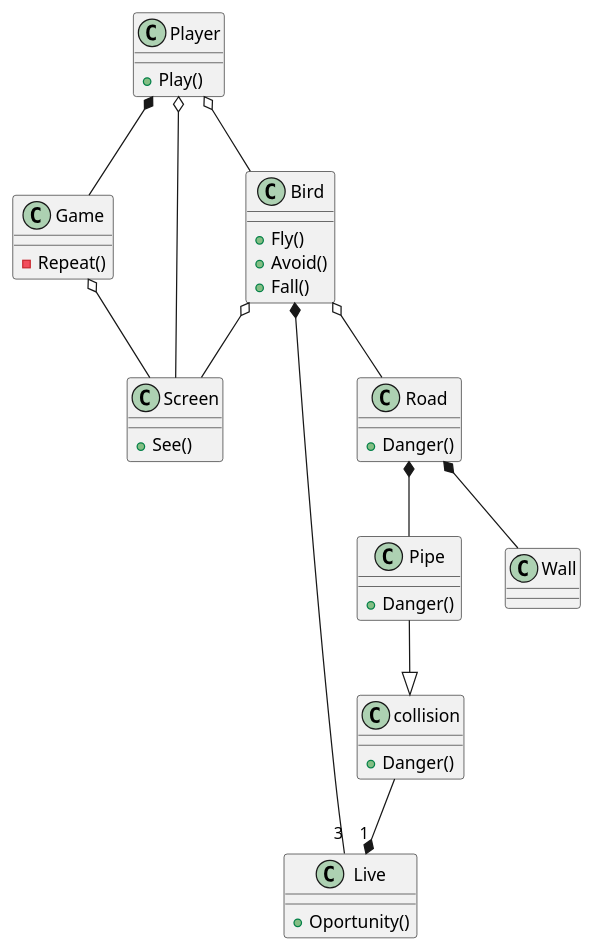
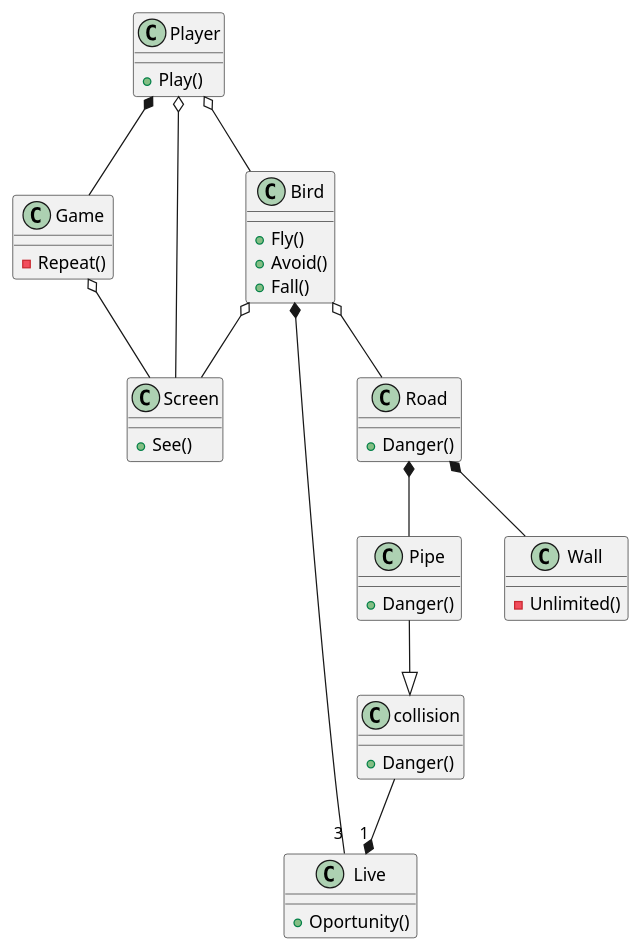
One commit to MunguiaBejaranoDuncanLuis/Flappybird changed the diagram in docs/flappybird.puml. Above: the diagram before and after it, drawn with PlantUML. The commit also changed 3 other files, not shown here.

```diff
--- a/docs/flappybird.puml
+++ b/docs/flappybird.puml
@@ -1,49 +1,49 @@
 @startuml
 
 class Game{
     -Repeat()
 }
 class Screen{
     +See()
 }
 class Player{
     +Play()
 }
 class Bird{
     +Fly()
     +Avoid()
     +Fall()
 }
 class Pipe{
     +Danger()
 }
 class Wall{
-    
+    -Unlimited()
 }
 class collision{
     +Danger()
 }
 class Live{
     +Oportunity()
 }
 class Road{
     +Danger()
 }
 
 Game o-- Screen
 Player *-- Game
 Player o-- Screen
 
 Bird o-- Screen
 Bird o-- Road
 Bird *--"3" Live
 collision --*"1" Live
 
 Player o-- Bird
 
 Road *-- Wall
 Road *-- Pipe
 
 Pipe --|> collision
 
 @enduml
```
